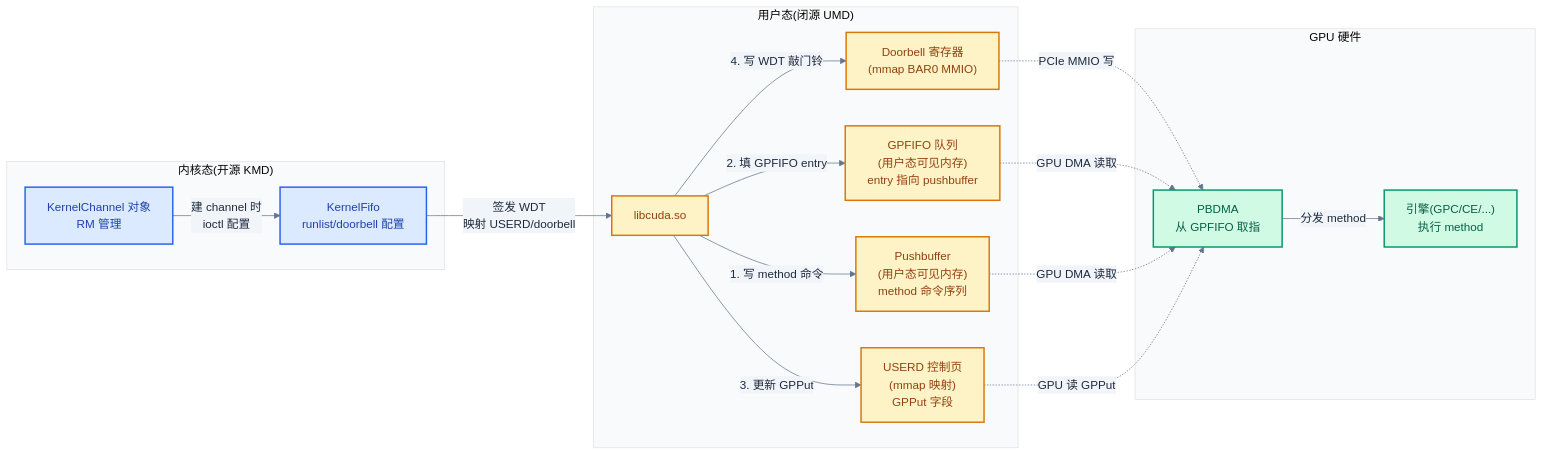
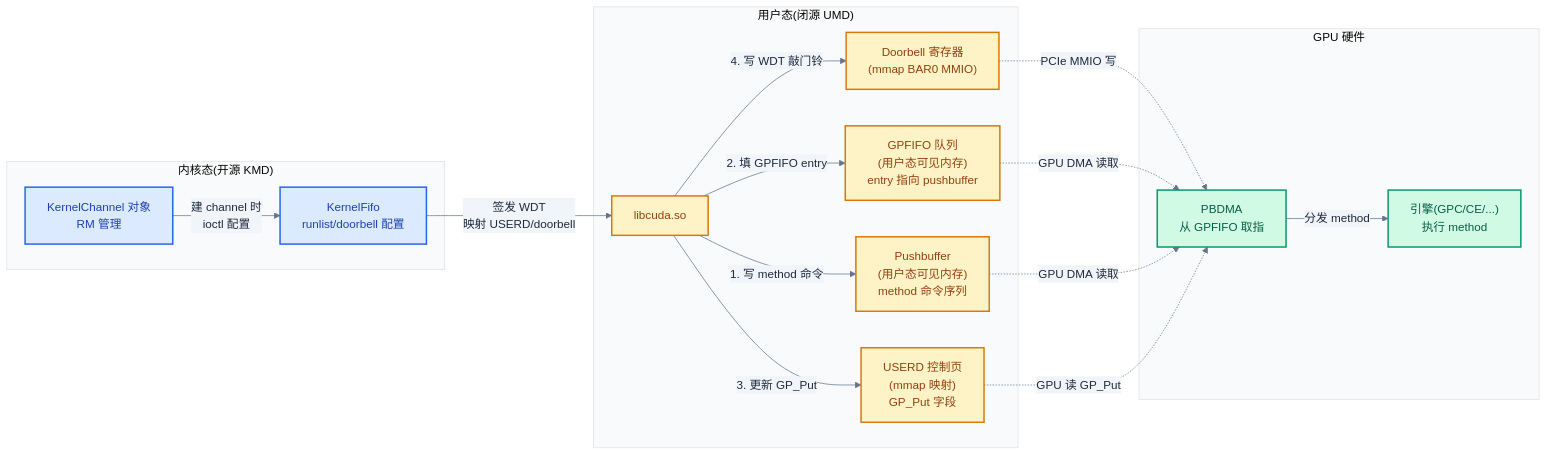
The first of 3 diagrams in nvidia-kmd/05-命令提交channel与GPFIFO.md (swjtuer326/cs-learning-notes), drawn with Mermaid before and after one commit. The commit also changed other lines of this file and 4 other files, not shown here.

````diff
--- a/nvidia-kmd/05-命令提交channel与GPFIFO.md
+++ b/nvidia-kmd/05-命令提交channel与GPFIFO.md
@@ -52,42 +52,42 @@
 ```mermaid
 %%{init: {"theme": "base", "themeVariables": {"primaryColor": "#f8fafc", "primaryTextColor": "#1e293b", "primaryBorderColor": "#475569", "lineColor": "#64748b", "secondaryColor": "#f1f5f9", "secondaryBorderColor": "#94a3b8", "tertiaryColor": "#f8fafc", "fontFamily": "\"trebuchet ms\", verdana, arial, sans-serif"}}}%%
 flowchart LR
     subgraph "用户态(闭源 UMD)"
         UMD["libcuda.so"]
         PB["Pushbuffer<br/>(用户态可见内存)<br/>method 命令序列"]
         GPFIFO["GPFIFO 队列<br/>(用户态可见内存)<br/>entry 指向 pushbuffer"]
-        Userd["USERD 控制页<br/>(mmap 映射)<br/>GPPut 字段"]
+        Userd["USERD 控制页<br/>(mmap 映射)<br/>GP_Put 字段"]
         Bell["Doorbell 寄存器<br/>(mmap BAR0 MMIO)"]
     end
 
     subgraph "内核态(开源 KMD)"
         Chan["KernelChannel 对象<br/>RM 管理"]
         Kfifo["KernelFifo<br/>runlist/doorbell 配置"]
     end
 
     subgraph "GPU 硬件"
         Pbdma["PBDMA<br/>从 GPFIFO 取指"]
         Eng["引擎(GPC/CE/...)<br/>执行 method"]
     end
 
     UMD -->|"1. 写 method 命令"| PB
     UMD -->|"2. 填 GPFIFO entry"| GPFIFO
-    UMD -->|"3. 更新 GPPut"| Userd
+    UMD -->|"3. 更新 GP_Put"| Userd
     UMD -->|"4. 写 WDT 敲门铃"| Bell
 
     Chan -->|"建 channel 时<br/>ioctl 配置"| Kfifo
     Kfifo -->|"签发 WDT<br/>映射 USERD/doorbell"| UMD
 
     Bell -.->|"PCIe MMIO 写"| Pbdma
     GPFIFO -.->|"GPU DMA 读取"| Pbdma
     PB -.->|"GPU DMA 读取"| Pbdma
-    Userd -.->|"GPU 读 GPPut"| Pbdma
+    Userd -.->|"GPU 读 GP_Put"| Pbdma
     Pbdma -->|"分发 method"| Eng
 
     classDef user fill:#fef3c7,stroke:#d97706,color:#92400e,stroke-width:2px
     classDef kmd fill:#dbeafe,stroke:#2563eb,color:#1e40af,stroke-width:2px
     classDef hw fill:#d1fae5,stroke:#059669,color:#065f46,stroke-width:2px
     class UMD,PB,GPFIFO,Userd,Bell user
     class Chan,Kfifo kmd
     class Pbdma,Eng hw
 ```
````
